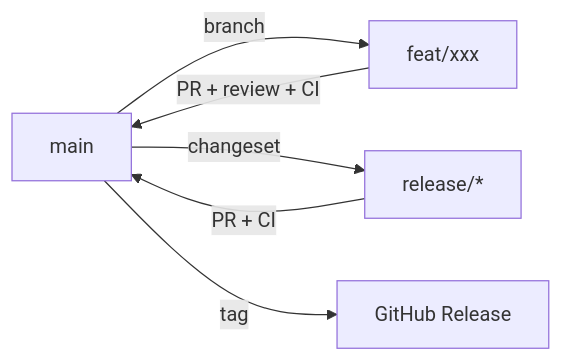
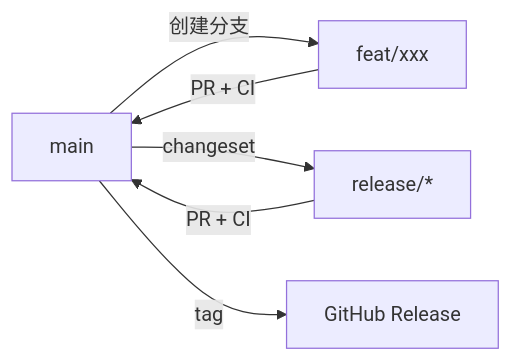
Before and after one commit to bolinz/smart-cicd: the diagram in docs/zh-CN/branching-strategy.md, drawn with Mermaid. The commit also changed other lines of this file and 2 other files, not shown here.

````diff
--- a/docs/zh-CN/branching-strategy.md
+++ b/docs/zh-CN/branching-strategy.md
@@ -43,8 +44,8 @@
 ```mermaid
 graph LR
-    A[main] -->|branch| B[feat/xxx]
-    B -->|PR + review + CI| A
+    A[main] -->|创建分支| B[feat/xxx]
+    B -->|PR + CI| A
     A -->|changeset| C[release/*]
     C -->|PR + CI| A
     A -->|tag| D[GitHub Release]
 ```
````
